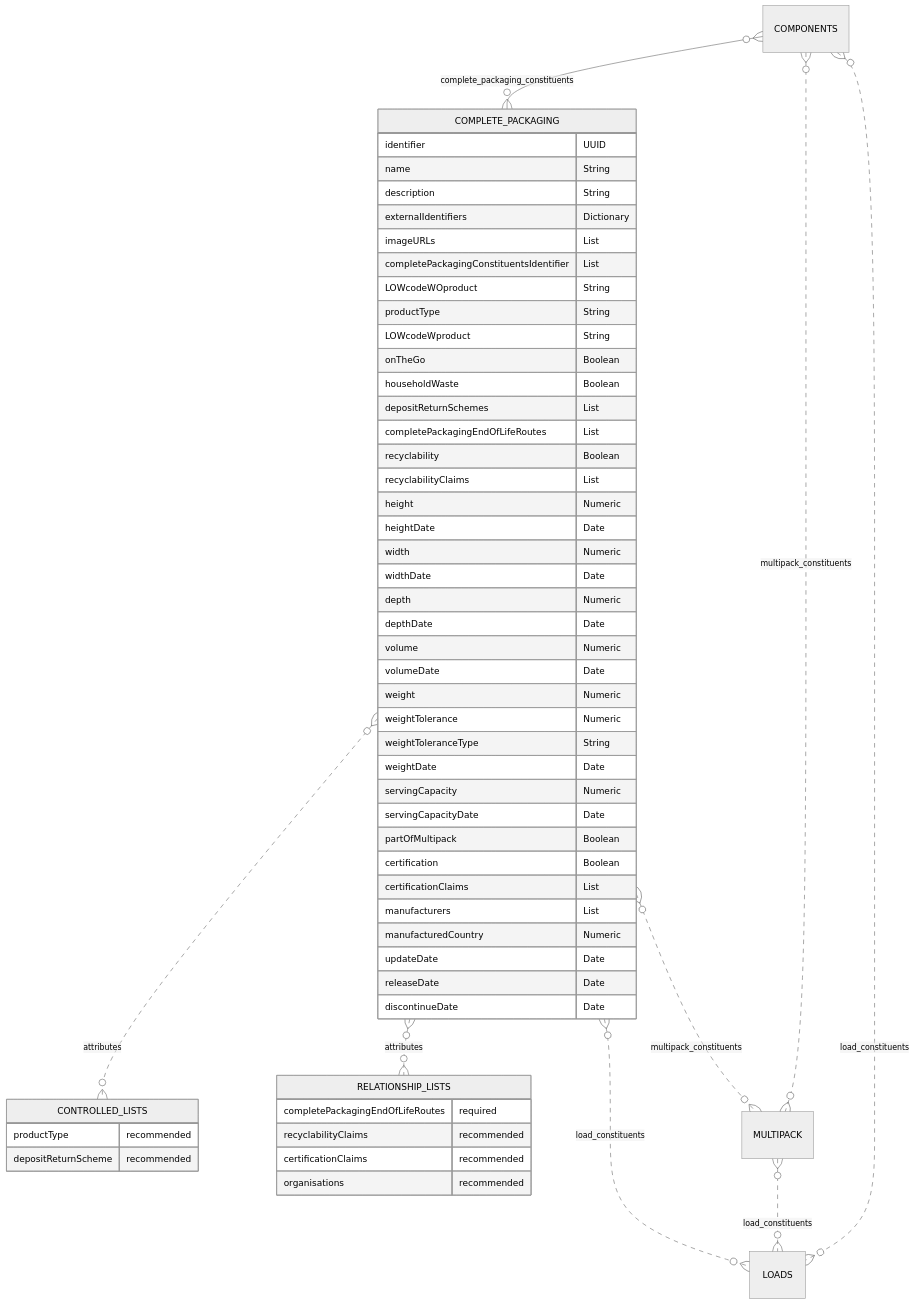
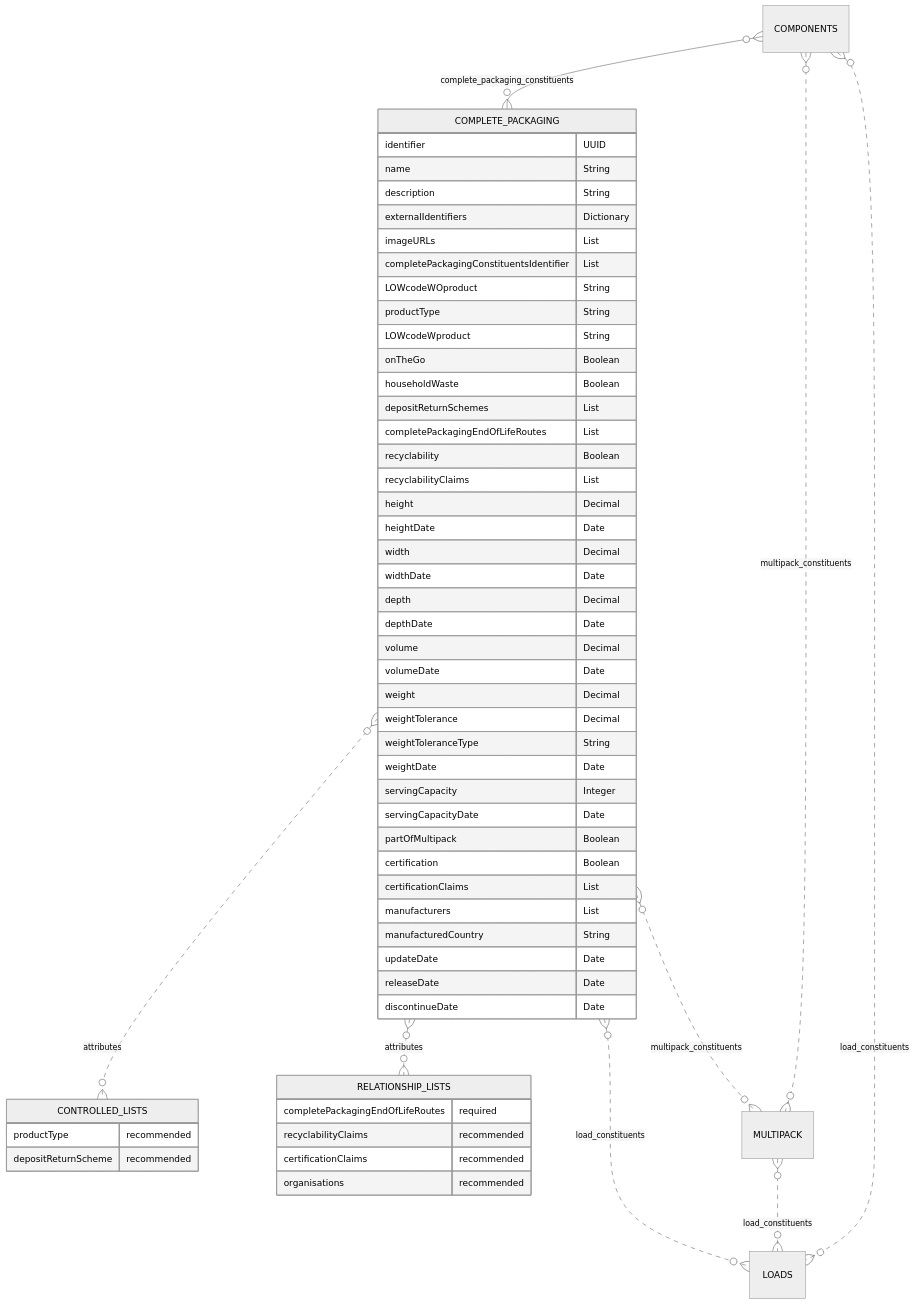
The diagram in docs/3_Data_Specification/3_4_Complete_Packaging.md (OpenDataManchester/Open3P), drawn with Mermaid (neutral theme) before and after one commit. The commit also changed other lines of this file, not shown here.

Commit message:
Changed Numeric format in Complete Packaging

````diff
--- a/docs/3_Data_Specification/3_4_Complete_Packaging.md
+++ b/docs/3_Data_Specification/3_4_Complete_Packaging.md
@@ -53,60 +53,60 @@
 ``` mermaid
 erDiagram
 COMPONENTS }o--o{ COMPLETE_PACKAGING : complete_packaging_constituents
   COMPLETE_PACKAGING {
     identifier UUID
     name String
     description String
     externalIdentifiers Dictionary
     imageURLs List
     completePackagingConstituentsIdentifier List
     LOWcodeWOproduct String
     productType String
     LOWcodeWproduct String
     onTheGo Boolean
     householdWaste Boolean
     depositReturnSchemes List
     completePackagingEndOfLifeRoutes List
     recyclability Boolean
     recyclabilityClaims List
-    height Numeric
+    height Decimal
     heightDate Date
-    width Numeric
+    width Decimal
     widthDate Date
-    depth Numeric
+    depth Decimal
     depthDate Date
-    volume Numeric
+    volume Decimal
     volumeDate Date
-    weight Numeric
-    weightTolerance Numeric
+    weight Decimal
+    weightTolerance Decimal
     weightToleranceType String
     weightDate Date
-    servingCapacity Numeric
+    servingCapacity Integer
     servingCapacityDate Date
     partOfMultipack Boolean
     certification Boolean
     certificationClaims List
     manufacturers List
-    manufacturedCountry Numeric
+    manufacturedCountry String
     updateDate Date
     releaseDate Date
     discontinueDate Date
   }
   COMPLETE_PACKAGING }o..o{ CONTROLLED_LISTS : attributes
   COMPLETE_PACKAGING }O..O{ RELATIONSHIP_LISTS : attributes
   COMPLETE_PACKAGING }o..o{ MULTIPACK : multipack_constituents
   COMPONENTS }o..o{ MULTIPACK : multipack_constituents
   COMPLETE_PACKAGING }o..o{ LOADS : load_constituents
   MULTIPACK }o..o{ LOADS : load_constituents
   COMPONENTS }o..o{ LOADS : load_constituents
       CONTROLLED_LISTS {
       productType recommended
       depositReturnScheme recommended
     }
     RELATIONSHIP_LISTS {
       completePackagingEndOfLifeRoutes required
       recyclabilityClaims recommended
       certificationClaims recommended
       organisations recommended
     }
 ```
````
